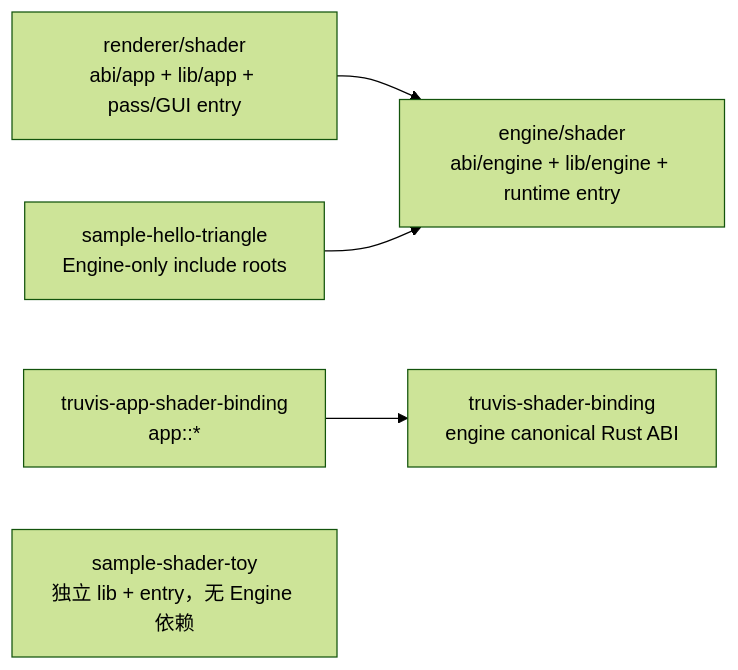
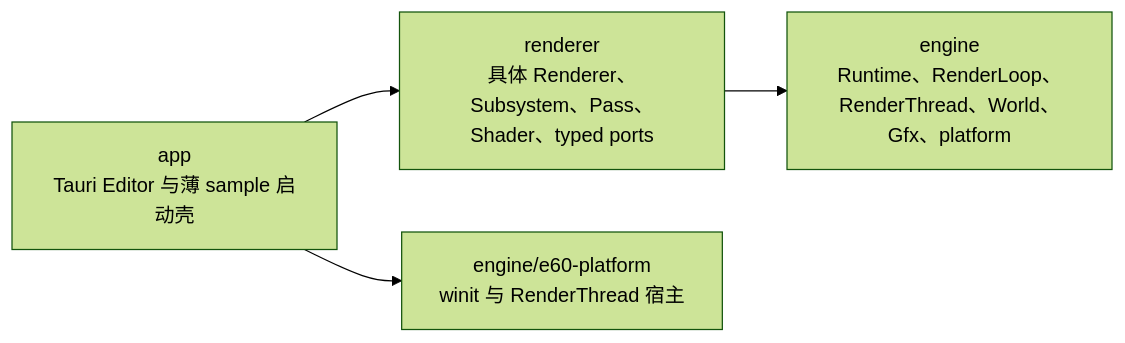
Before and after one commit to acccoco/TruvisRenderer: the first of 2 diagrams in docs/summaries/layering-and-dependency-boundaries.md, drawn with Mermaid (forest theme). The commit also changed other lines of this file and 55 other files, not shown here.

Commit message:
[update/app] 收敛 Tauri Editor 与架构文档

````diff
--- a/docs/summaries/layering-and-dependency-boundaries.md
+++ b/docs/summaries/layering-and-dependency-boundaries.md
@@ -90,13 +7,10 @@
 ```mermaid
 flowchart LR
-    EngineSource["engine/shader<br/>abi/engine + lib/engine + runtime entry"]
-    EngineBinding["truvis-shader-binding<br/>engine canonical Rust ABI"]
-    AppSource["renderer/shader<br/>abi/app + lib/app + pass/GUI entry"]
-    AppBinding["truvis-app-shader-binding<br/>app::*"]
-    HelloSource["sample-hello-triangle<br/>Engine-only include roots"]
-    ToySource["sample-shader-toy<br/>独立 lib + entry，无 Engine 依赖"]
+    App["app<br/>Tauri Editor 与薄 sample 启动壳"]
+    Renderer["renderer<br/>具体 Renderer、Subsystem、Pass、Shader、typed ports"]
+    Engine["engine<br/>Runtime、RenderLoop、RenderThread、World、Gfx、platform"]
+    Platform["engine/e60-platform<br/>winit 与 RenderThread 宿主"]
 
-    AppSource --> EngineSource
-    HelloSource --> EngineSource
-    AppBinding --> EngineBinding
+    App --> Renderer --> Engine
+    App --> Platform
 ```
````
